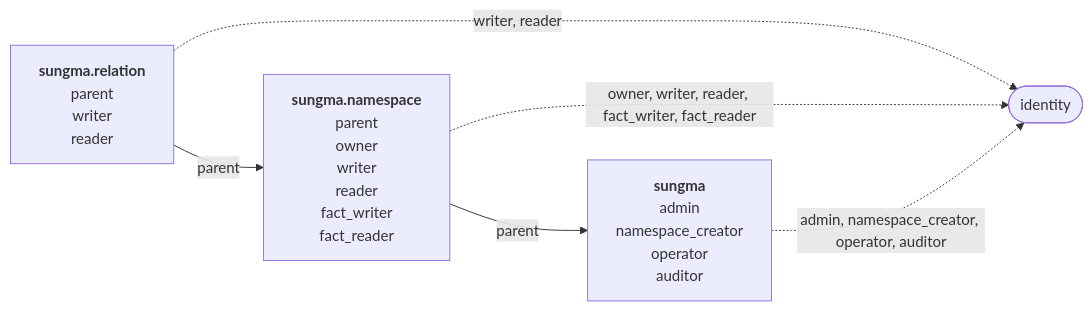
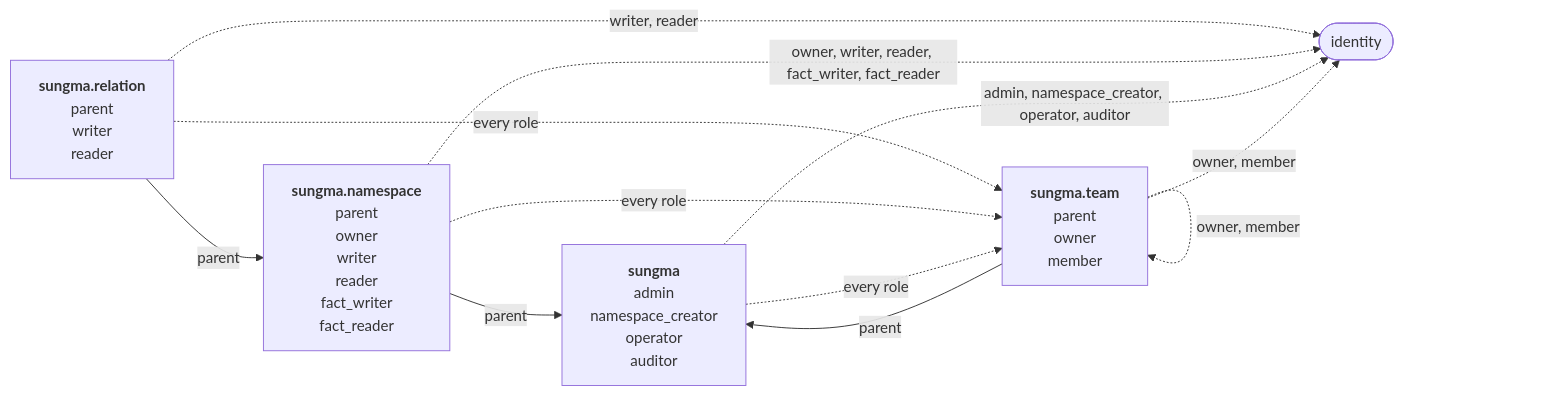
One commit to marklauter/Sungma changed the diagram in docs/specs/sungma-authorization.md. Above: the diagram before and after it, drawn with Mermaid. The commit also changed other lines of this file, not shown here.

First line of the commit message:
Add teams to Sungma's own authorization model

````diff
--- a/docs/specs/sungma-authorization.md
+++ b/docs/specs/sungma-authorization.md
@@ -63,12 +69,19 @@
 ```mermaid
 flowchart LR
   relation["<b>sungma.relation</b><br/>parent<br/>writer<br/>reader"]
   namespace["<b>sungma.namespace</b><br/>parent<br/>owner<br/>writer<br/>reader<br/>fact_writer<br/>fact_reader"]
   sungma["<b>sungma</b><br/>admin<br/>namespace_creator<br/>operator<br/>auditor"]
+  team["<b>sungma.team</b><br/>parent<br/>owner<br/>member"]
   identity(["identity"])
   relation -- parent --> namespace
   namespace -- parent --> sungma
+  team -- parent --> sungma
   relation -. "writer, reader" .-> identity
   namespace -. "owner, writer, reader, fact_writer, fact_reader" .-> identity
   sungma -. "admin, namespace_creator, operator, auditor" .-> identity
+  team -. "owner, member" .-> identity
+  relation -. "every role" .-> team
+  namespace -. "every role" .-> team
+  sungma -. "every role" .-> team
+  team -. "owner, member" .-> team
 ```
````
